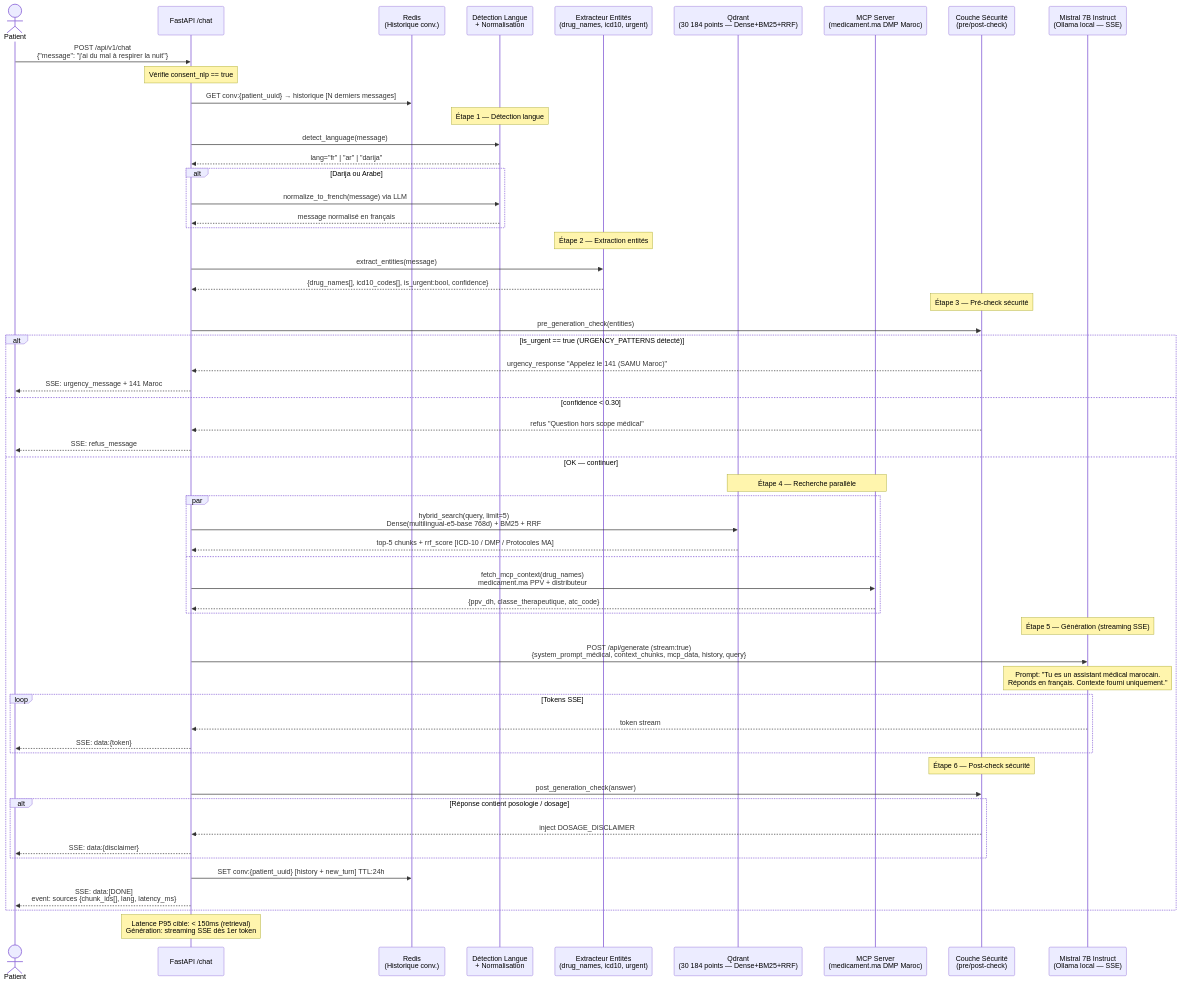
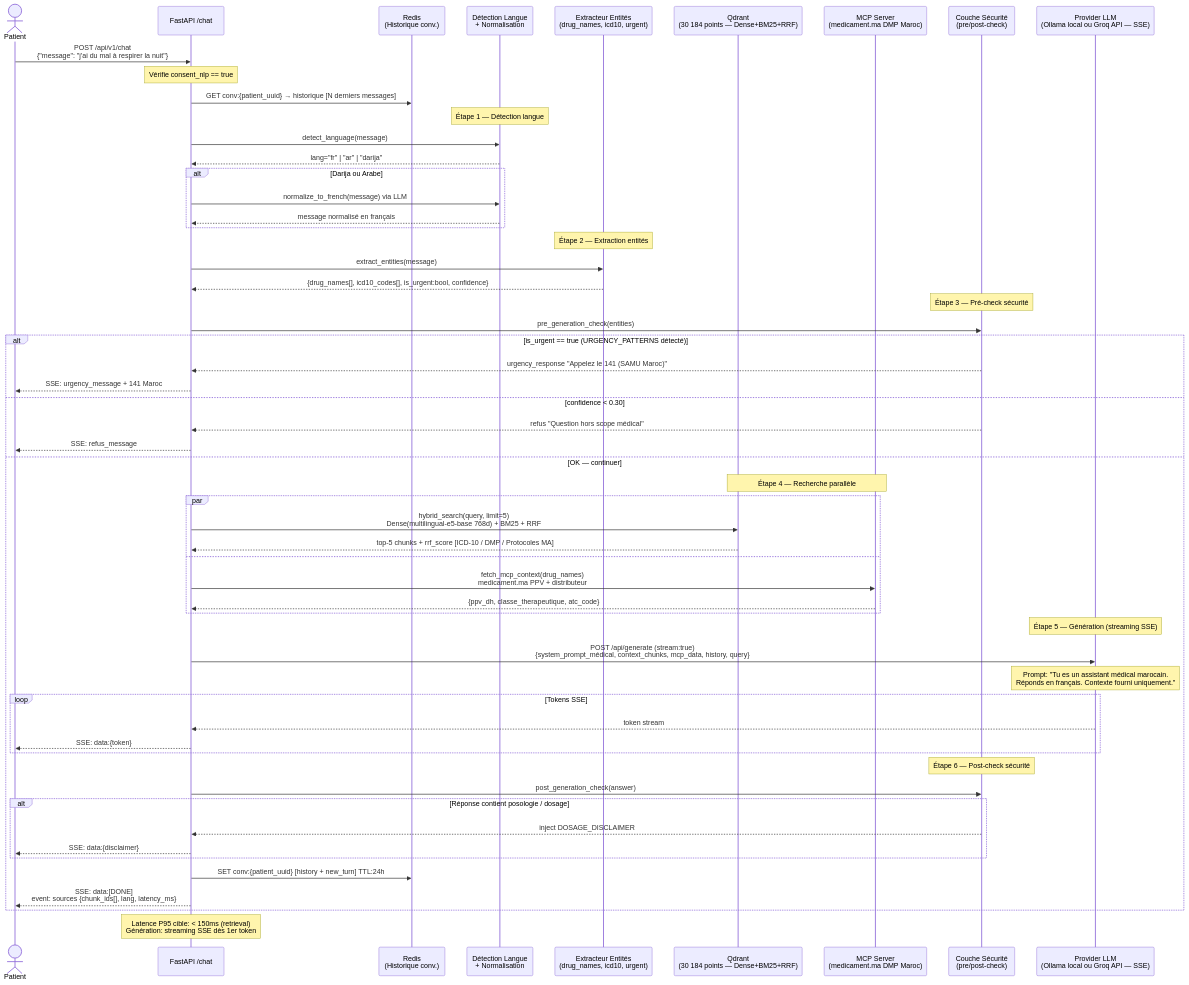
Diagram 19 of 32 in docs/DIAGRAMMES.md (Boussyf0/MediSense-AI), drawn with Mermaid before and after one commit. The commit also changed other lines of this file and 9 other files, not shown here.

````diff
--- a/docs/DIAGRAMMES.md
+++ b/docs/DIAGRAMMES.md
@@ -824,67 +824,67 @@
 ```mermaid
 sequenceDiagram
     actor Patient
     participant API as FastAPI /chat
     participant REDIS as Redis<br/>(Historique conv.)
     participant LANG as Détection Langue<br/>+ Normalisation
     participant NLP as Extracteur Entités<br/>(drug_names, icd10, urgent)
     participant QDR as Qdrant<br/>(30 184 points — Dense+BM25+RRF)
     participant MCP as MCP Server<br/>(medicament.ma DMP Maroc)
     participant SAFE as Couche Sécurité<br/>(pre/post-check)
-    participant LLM as Mistral 7B Instruct<br/>(Ollama local — SSE)
+    participant LLM as Provider LLM<br/>(Ollama local ou Groq API — SSE)
 
     Patient->>API: POST /api/v1/chat<br/>{"message": "j'ai du mal à respirer la nuit"}
     Note over API: Vérifie consent_nlp == true
 
     API->>REDIS: GET conv:{patient_uuid} → historique [N derniers messages]
 
     Note over LANG: Étape 1 — Détection langue
     API->>LANG: detect_language(message)
     LANG-->>API: lang="fr" | "ar" | "darija"
     alt Darija ou Arabe
         API->>LANG: normalize_to_french(message) via LLM
         LANG-->>API: message normalisé en français
     end
 
     Note over NLP: Étape 2 — Extraction entités
     API->>NLP: extract_entities(message)
     NLP-->>API: {drug_names[], icd10_codes[], is_urgent:bool, confidence}
 
     Note over SAFE: Étape 3 — Pré-check sécurité
     API->>SAFE: pre_generation_check(entities)
     alt is_urgent == true (URGENCY_PATTERNS détecté)
         SAFE-->>API: urgency_response "Appelez le 141 (SAMU Maroc)"
         API-->>Patient: SSE: urgency_message + 141 Maroc
     else confidence < 0.30
         SAFE-->>API: refus "Question hors scope médical"
         API-->>Patient: SSE: refus_message
     else OK — continuer
         Note over QDR,MCP: Étape 4 — Recherche parallèle
         par
             API->>QDR: hybrid_search(query, limit=5)<br/>Dense(multilingual-e5-base 768d) + BM25 + RRF
             QDR-->>API: top-5 chunks + rrf_score [ICD-10 / DMP / Protocoles MA]
         and
             API->>MCP: fetch_mcp_context(drug_names)<br/>medicament.ma PPV + distributeur
             MCP-->>API: {ppv_dh, classe_therapeutique, atc_code}
         end
 
         Note over LLM: Étape 5 — Génération (streaming SSE)
         API->>LLM: POST /api/generate (stream:true)<br/>{system_prompt_médical, context_chunks, mcp_data, history, query}
         Note over LLM: Prompt: "Tu es un assistant médical marocain.<br/>Réponds en français. Contexte fourni uniquement."
         loop Tokens SSE
             LLM-->>API: token stream
             API-->>Patient: SSE: data:{token}
         end
 
         Note over SAFE: Étape 6 — Post-check sécurité
         API->>SAFE: post_generation_check(answer)
         alt Réponse contient posologie / dosage
             SAFE-->>API: inject DOSAGE_DISCLAIMER
             API-->>Patient: SSE: data:{disclaimer}
         end
 
         API->>REDIS: SET conv:{patient_uuid} [history + new_turn] TTL:24h
         API-->>Patient: SSE: data:[DONE]<br/>event: sources {chunk_ids[], lang, latency_ms}
     end
     Note over API: Latence P95 cible: < 150ms (retrieval)<br/>Génération: streaming SSE dès 1er token
 ```
````
